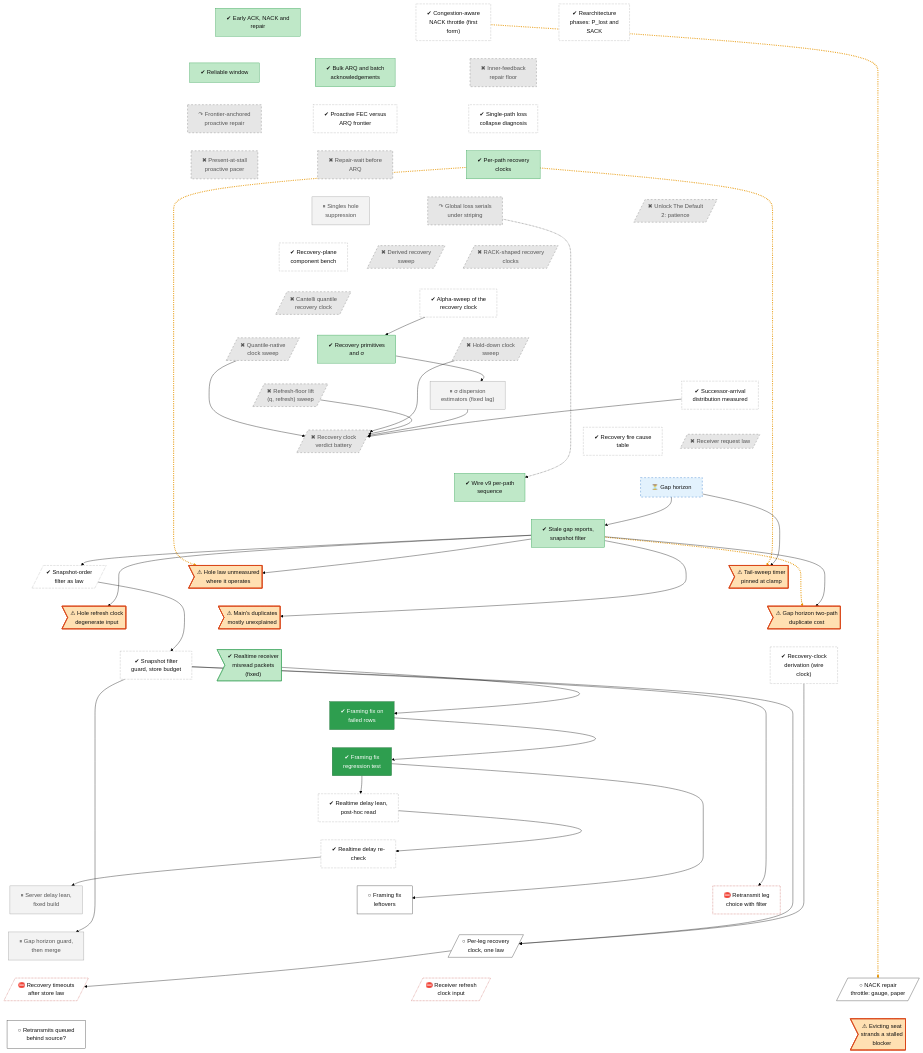
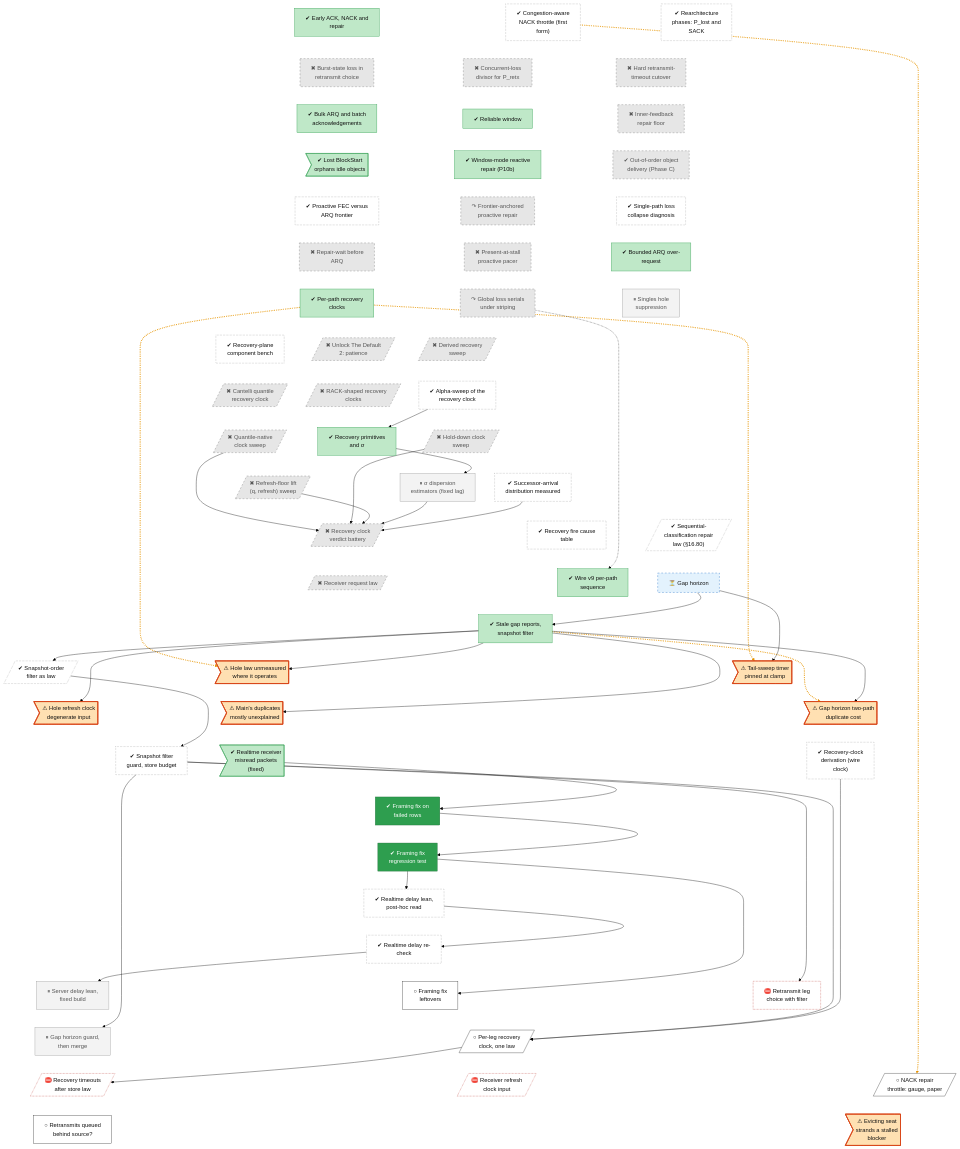
Before and after one commit to lhns/raptorpath: the diagram in docs/roadmap/tracks/rec.md, drawn with Mermaid (forest theme). The commit also changed other lines of this file and 15 other files, not shown here.

First line of the commit message:
roadmap: show folded records; labelled backfill items; own-verdict records promoted

```diff
--- a/docs/roadmap/tracks/rec.md
+++ b/docs/roadmap/tracks/rec.md
@@ -12,14 +12,21 @@
     rec_early_arq["✔ Early ACK, NACK and<br/>repair"]
     rec_nack_congestion["✔ Congestion-aware<br/>NACK throttle (first<br/>form)"]
     rec_plost_sack["✔ Rearchitecture<br/>phases: P_lost and<br/>SACK"]
+    rec_burst_state_loss["✖ Burst-state loss in<br/>retransmit choice"]
+    rec_loss_divisor["✖ Concurrent-loss<br/>divisor for P_retx"]
+    rec_hard_rto_cutover["✖ Hard retransmit-<br/>timeout cutover"]
     rec_bulk_arq["✔ Bulk ARQ and batch<br/>acknowledgements"]
     rec_reliable_window["✔ Reliable window"]
     rec_p10a_repair_floor["✖ Inner-feedback<br/>repair floor"]
+    rec_blockstart_orphan>"✔ Lost BlockStart<br/>orphans idle objects"]
+    rec_p10b_reactive_repair["✔ Window-mode reactive<br/>repair (P10b)"]
+    rec_rwm_phase_c["✔ Out-of-order object<br/>delivery (Phase C)"]
     rec_fec_vs_arq["✔ Proactive FEC versus<br/>ARQ frontier"]
     rec_inline_repair["↷ Frontier-anchored<br/>proactive repair"]
     rec_c2_collapse_diag["✔ Single-path loss<br/>collapse diagnosis"]
     rec_proactive_repair["✖ Repair-wait before<br/>ARQ"]
     rec_present_at_stall["✖ Present-at-stall<br/>proactive pacer"]
+    rec_arq_overrequest_bound["✔ Bounded ARQ over-<br/>request"]
     rec_per_path_clocks["✔ Per-path recovery<br/>clocks"]
     rec_mp_serial["↷ Global loss serials<br/>under striping"]
     rec_recov_sp["⏸ Singles hole<br/>suppression"]
@@ -37,6 +44,7 @@
     rec_successor_arrival["✔ Successor-arrival<br/>distribution measured"]
     rec_goal101[/"✖ Recovery clock<br/>verdict battery"/]
     rec_fire_cause["✔ Recovery fire cause<br/>table"]
+    rec_seqclass_law[/"✔ Sequential-<br/>classification repair<br/>law (#167;16.80)"/]
     rec_receiver_law[/"✖ Receiver request law"/]
     rec_wire_v9["✔ Wire v9 per-path<br/>sequence"]
     rec_gap_horizon["⏳ Gap horizon"]
@@ -64,36 +72,43 @@
     rec_fix_nack_throttle[/"○ NACK repair<br/>throttle: gauge, paper"/]
     rec_retx_behind_source["○ Retransmits queued<br/>behind source?"]
     rec_evict_blocker_unresolved>"⚠ Evicting seat<br/>strands a stalled<br/>blocker"]
-    rec_early_arq ~~~ rec_bulk_arq
-    rec_nack_congestion ~~~ rec_reliable_window
-    rec_plost_sack ~~~ rec_p10a_repair_floor
-    rec_bulk_arq ~~~ rec_fec_vs_arq
-    rec_reliable_window ~~~ rec_inline_repair
-    rec_p10a_repair_floor ~~~ rec_c2_collapse_diag
+    rec_early_arq ~~~ rec_burst_state_loss
+    rec_nack_congestion ~~~ rec_loss_divisor
+    rec_plost_sack ~~~ rec_hard_rto_cutover
+    rec_burst_state_loss ~~~ rec_bulk_arq
+    rec_loss_divisor ~~~ rec_reliable_window
+    rec_hard_rto_cutover ~~~ rec_p10a_repair_floor
+    rec_bulk_arq ~~~ rec_blockstart_orphan
+    rec_reliable_window ~~~ rec_p10b_reactive_repair
+    rec_p10a_repair_floor ~~~ rec_rwm_phase_c
+    rec_blockstart_orphan ~~~ rec_fec_vs_arq
+    rec_p10b_reactive_repair ~~~ rec_inline_repair
+    rec_rwm_phase_c ~~~ rec_c2_collapse_diag
     rec_fec_vs_arq ~~~ rec_proactive_repair
     rec_inline_repair ~~~ rec_present_at_stall
-    rec_c2_collapse_diag ~~~ rec_per_path_clocks
-    rec_proactive_repair ~~~ rec_mp_serial
-    rec_present_at_stall ~~~ rec_recov_sp
+    rec_c2_collapse_diag ~~~ rec_arq_overrequest_bound
+    rec_proactive_repair ~~~ rec_per_path_clocks
+    rec_present_at_stall ~~~ rec_mp_serial
+    rec_arq_overrequest_bound ~~~ rec_recov_sp
     rec_per_path_clocks ~~~ rec_patience_derived
     rec_mp_serial ~~~ rec_recovery_bench
     rec_recov_sp ~~~ rec_clock_candidates
     rec_patience_derived ~~~ rec_rack_clocks
     rec_recovery_bench ~~~ rec_cantelli_clock
     rec_clock_candidates ~~~ rec_alpha_sweep
-    rec_rack_clocks ~~~ rec_alpha_sweep
-    rec_cantelli_clock ~~~ rec_goal100
-    rec_alpha_sweep ~~~ rec_qnative_clock
+    rec_rack_clocks ~~~ rec_goal100
+    rec_cantelli_clock ~~~ rec_qnative_clock
     rec_alpha_sweep ~~~ rec_holddown_clock
     rec_goal100 ~~~ rec_refresh_floor
     rec_qnative_clock ~~~ rec_dispersion_est
     rec_holddown_clock ~~~ rec_successor_arrival
     rec_refresh_floor ~~~ rec_goal101
     rec_dispersion_est ~~~ rec_fire_cause
-    rec_successor_arrival ~~~ rec_receiver_law
-    rec_goal101 ~~~ rec_wire_v9
-    rec_fire_cause ~~~ rec_gap_horizon
-    rec_receiver_law ~~~ rec_gap_horizon
+    rec_successor_arrival ~~~ rec_seqclass_law
+    rec_goal101 ~~~ rec_receiver_law
+    rec_fire_cause ~~~ rec_wire_v9
+    rec_seqclass_law ~~~ rec_gap_horizon
+    rec_receiver_law ~~~ rec_snapver_filter
     rec_wire_v9 ~~~ rec_snapver_filter
     rec_gap_horizon ~~~ rec_snapver_filter
     rec_snapver_filter ~~~ rec_snapver_law
@@ -154,7 +169,7 @@
     rec_s54_session --> rec_fix_perleg_clock_n1
     rec_wire_clock_derivation --> rec_fix_perleg_clock_n1
     rec_fix_perleg_clock_n1 --> rec_recovery_timeouts
-    linkStyle 59,60,61,71 stroke:#e69500,stroke-width:3px,stroke-dasharray:2 3
+    linkStyle 66,67,68,78 stroke:#e69500,stroke-width:3px,stroke-dasharray:2 3
     classDef vsucc fill:#2e9e4f,stroke:#1b6b34,color:#fff
     classDef succ fill:#bfe8c8,stroke:#2e9e4f,color:#111
     classDef mixed fill:#ffd37a,stroke:#c98a00,color:#111
@@ -168,9 +183,9 @@
     classDef userdec fill:#d9c2f0,stroke:#7b3fb5,color:#111
     classDef defect fill:#ffe0b2,stroke:#d84315,stroke-width:2px,color:#111
     classDef waiting fill:#e3f2fd,stroke:#1f6fc5,stroke-dasharray:5 5,color:#111
-    class rec_early_arq,rec_bulk_arq,rec_reliable_window,rec_per_path_clocks,rec_goal100,rec_wire_v9,rec_snapver_filter,rec_defect_realtime_framing succ
-    class rec_nack_congestion,rec_plost_sack,rec_fec_vs_arq,rec_c2_collapse_diag,rec_recovery_bench,rec_alpha_sweep,rec_successor_arrival,rec_fire_cause,rec_snapver_law,rec_s54_session,rec_wire_clock_derivation,rec_s64_delay_lean,rec_realtime_delay_recheck unrated
-    class rec_p10a_repair_floor,rec_inline_repair,rec_proactive_repair,rec_present_at_stall,rec_mp_serial,rec_patience_derived,rec_clock_candidates,rec_rack_clocks,rec_cantelli_clock,rec_qnative_clock,rec_holddown_clock,rec_refresh_floor,rec_goal101,rec_receiver_law dead
+    class rec_early_arq,rec_bulk_arq,rec_reliable_window,rec_blockstart_orphan,rec_p10b_reactive_repair,rec_arq_overrequest_bound,rec_per_path_clocks,rec_goal100,rec_wire_v9,rec_snapver_filter,rec_defect_realtime_framing succ
+    class rec_nack_congestion,rec_plost_sack,rec_fec_vs_arq,rec_c2_collapse_diag,rec_recovery_bench,rec_alpha_sweep,rec_successor_arrival,rec_fire_cause,rec_seqclass_law,rec_snapver_law,rec_s54_session,rec_wire_clock_derivation,rec_s64_delay_lean,rec_realtime_delay_recheck unrated
+    class rec_burst_state_loss,rec_loss_divisor,rec_hard_rto_cutover,rec_p10a_repair_floor,rec_rwm_phase_c,rec_inline_repair,rec_proactive_repair,rec_present_at_stall,rec_mp_serial,rec_patience_derived,rec_clock_candidates,rec_rack_clocks,rec_cantelli_clock,rec_qnative_clock,rec_holddown_clock,rec_refresh_floor,rec_goal101,rec_receiver_law dead
     class rec_recov_sp,rec_dispersion_est,rec_realtime_srv_lag_lean,rec_leverb_guard parked
     class rec_gap_horizon waiting
     class rec_defect_qclk_clamp,rec_defect_hole_law,rec_defect_refresh_input,rec_leverb_c1d_cost,rec_defect_base_duplicates,rec_evict_blocker_unresolved defect
```
